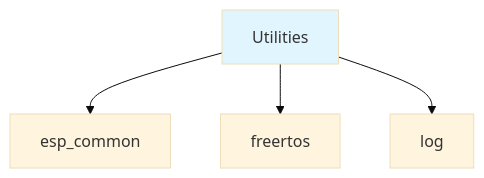
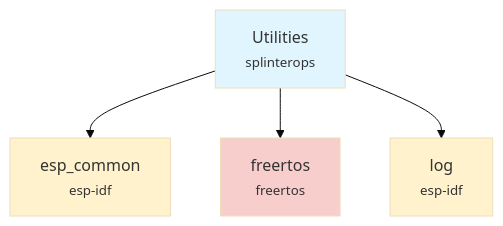
The diagram in components/utilities/README.md (joehacksalot/splinterops-badge-fw), drawn with Mermaid (base theme) before and after one commit. The commit also changed 4 other files, not shown here.

````diff
--- a/components/utilities/README.md
+++ b/components/utilities/README.md
@@ -97,8 +97,16 @@
 ```mermaid
 graph TD
-    A[Utilities] --> B[esp_common]
-    A --> C[freertos]
-    A --> D[log]
+    A["Utilities<br/><small>splinterops</small>"] --> B["esp_common<br/><small>esp-idf</small>"]
+    A --> C["freertos<br/><small>freertos</small>"]
+    A --> D["log<br/><small>esp-idf</small>"]
     
+    %% SplinterOps components
     style A fill:#e1f5fe
+    
+    %% ESP-IDF components
+    style B fill:#fff2cc
+    style D fill:#fff2cc
+    
+    %% FreeRTOS components
+    style C fill:#f8cecc
 ```
````
